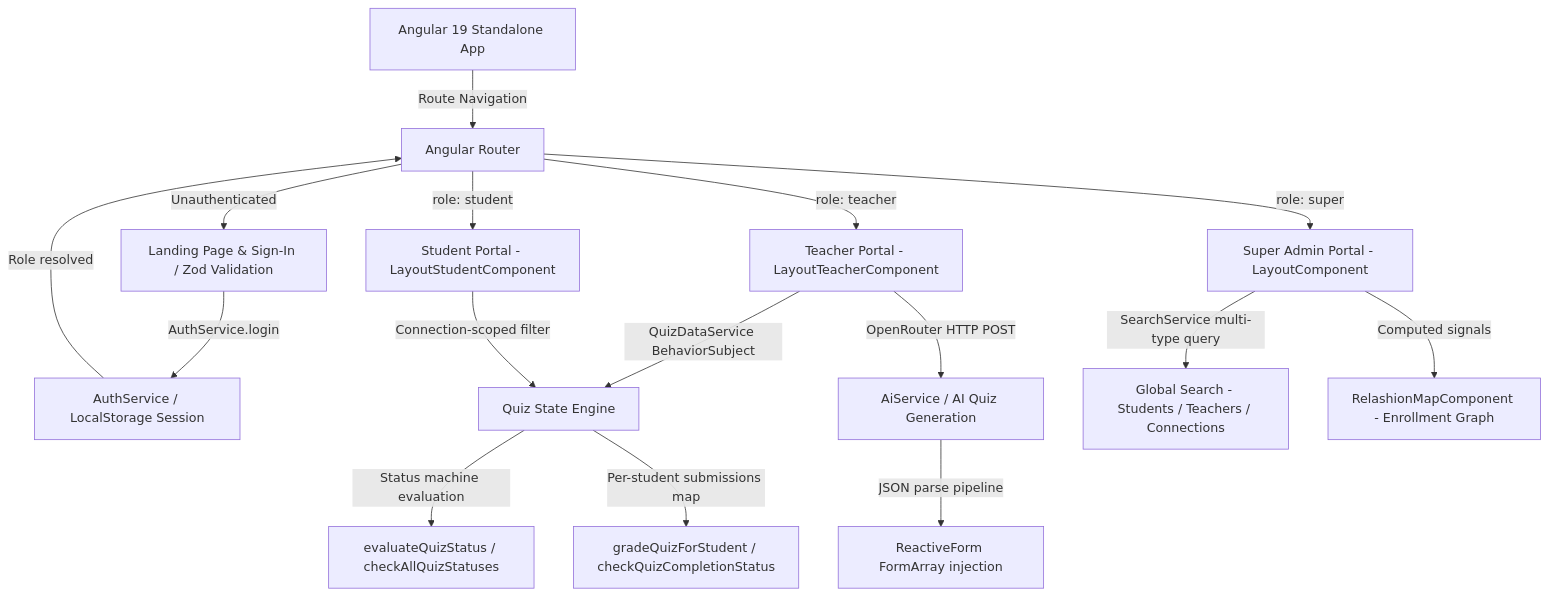
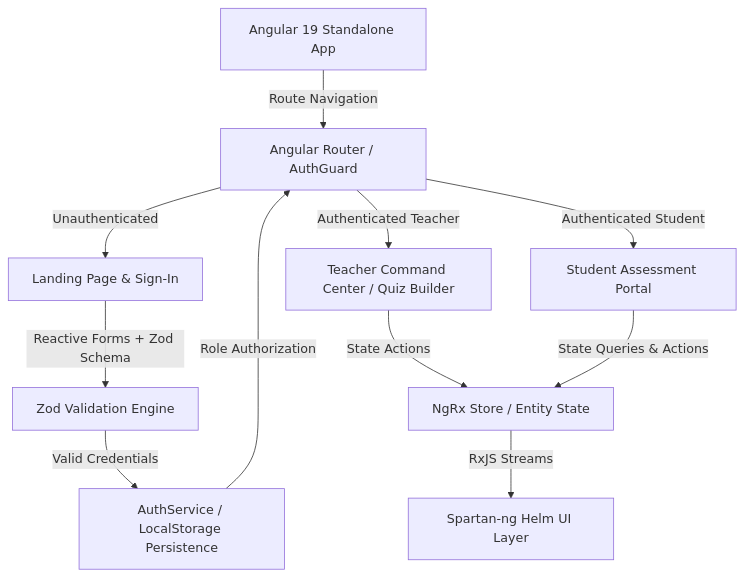
The diagram in README.md (anasabdelhakim/neuromeet-core), drawn with Mermaid before and after one commit. The commit also changed other lines of this file, not shown here.

````diff
--- a/README.md
+++ b/README.md
@@ -159,22 +116,15 @@
 ```mermaid
 graph TD
-    Client[Angular 19 Standalone App] -->|Route Navigation| Router[Angular Router]
-    Router -->|Unauthenticated| Public[Landing Page & Sign-In / Zod Validation]
-    Router -->|role: super| AdminView[Super Admin Portal - LayoutComponent]
-    Router -->|role: teacher| TeacherView[Teacher Portal - LayoutTeacherComponent]
-    Router -->|role: student| StudentView[Student Portal - LayoutStudentComponent]
-
-    Public -->|AuthService.login| Auth[AuthService / LocalStorage Session]
-    Auth -->|Role resolved| Router
-
-    TeacherView -->|QuizDataService BehaviorSubject| QuizState[Quiz State Engine]
-    StudentView -->|Connection-scoped filter| QuizState
-    QuizState -->|Status machine evaluation| StatusEngine[evaluateQuizStatus / checkAllQuizStatuses]
-    QuizState -->|Per-student submissions map| GradingEngine[gradeQuizForStudent / checkQuizCompletionStatus]
-
-    TeacherView -->|OpenRouter HTTP POST| AIService[AiService / AI Quiz Generation]
-    AIService -->|JSON parse pipeline| QuizFormArray[ReactiveForm FormArray injection]
-
-    AdminView -->|SearchService multi-type query| SearchEngine[Global Search - Students / Teachers / Connections]
-    AdminView -->|Computed signals| RelationMap[RelashionMapComponent - Enrollment Graph]
+    Client[Angular 19 Standalone App] -->|Route Navigation| Router[Angular Router / AuthGuard]
+    Router -->|Unauthenticated| Public[Landing Page & Sign-In]
+    Router -->|Authenticated Teacher| TeacherView[Teacher Command Center / Quiz Builder]
+    Router -->|Authenticated Student| StudentView[Student Assessment Portal]
+    
+    Public -->|Reactive Forms + Zod Schema| Validation[Zod Validation Engine]
+    Validation -->|Valid Credentials| Auth[AuthService / LocalStorage Persistence]
+    Auth -->|Role Authorization| Router
+    
+    TeacherView -->|State Actions| Store[NgRx Store / Entity State]
+    StudentView -->|State Queries & Actions| Store
+    Store -->|RxJS Streams| UI[Spartan-ng Helm UI Layer]
 ```
````
